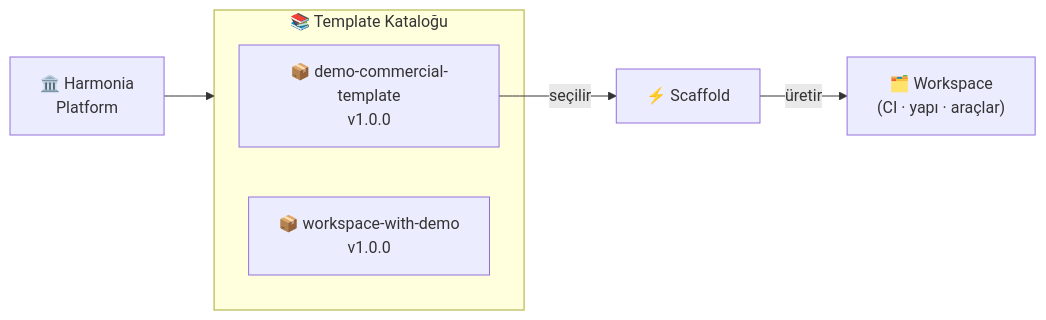
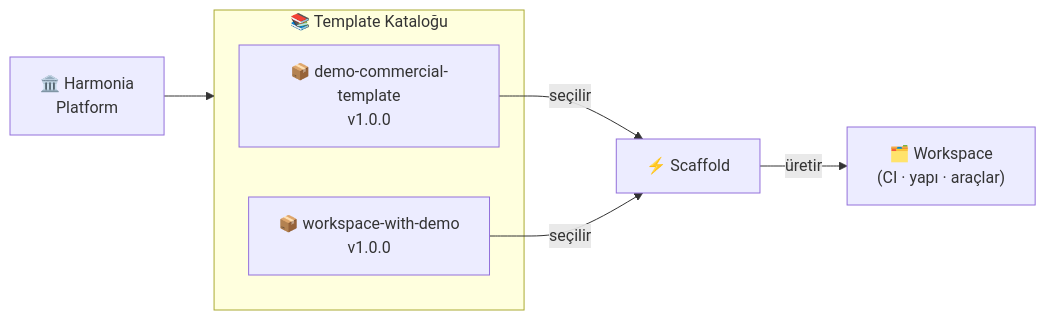
Before and after one commit to drokian/harmonia-platform: the diagram in docs/index.md, drawn with Mermaid. The commit also changed other lines of this file and 1 other file, not shown here.

````diff
--- a/docs/index.md
+++ b/docs/index.md
@@ -13,16 +13,17 @@
 ```mermaid
 flowchart LR
     H["🏛️ Harmonia\nPlatform"]
 
     subgraph catalog["📚 Template Kataloğu"]
         T1["📦 demo-commercial-template\nv1.0.0"]
         T2["📦 workspace-with-demo\nv1.0.0"]
     end
 
     S["⚡ Scaffold"]
     W["🗂️ Workspace\n(CI · yapı · araçlar)"]
 
     H --> catalog
     T1 -->|"seçilir"| S
+    T2 -->|"seçilir"| S
     S -->|"üretir"| W
 ```
````
